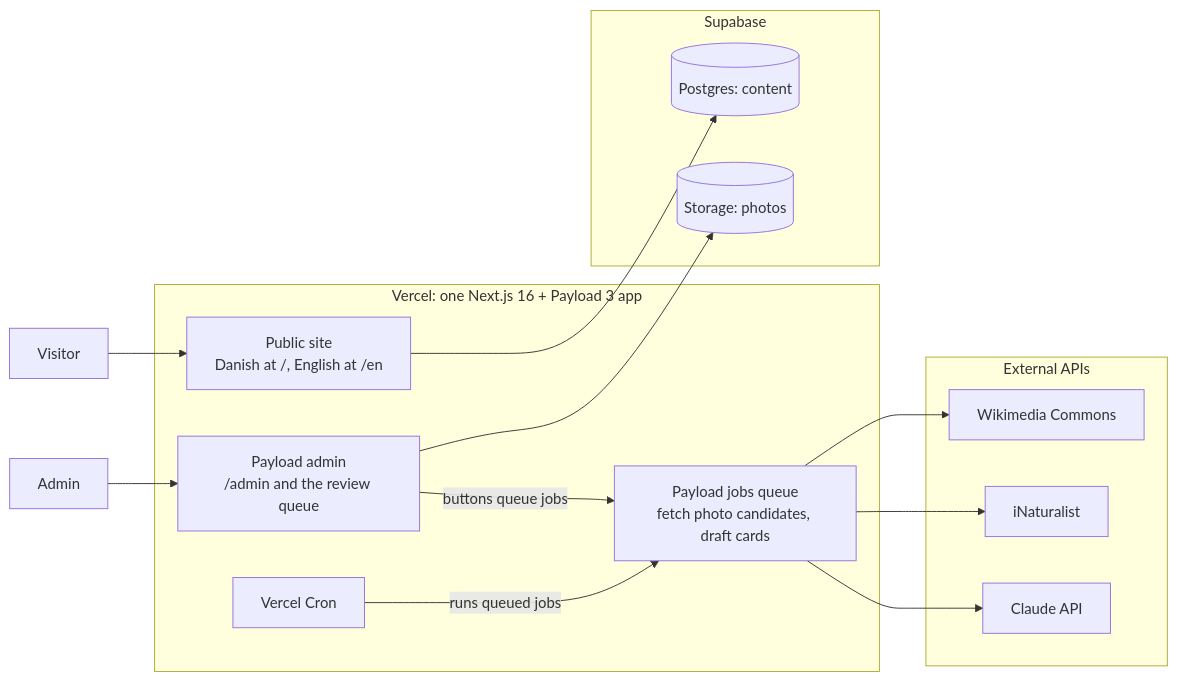
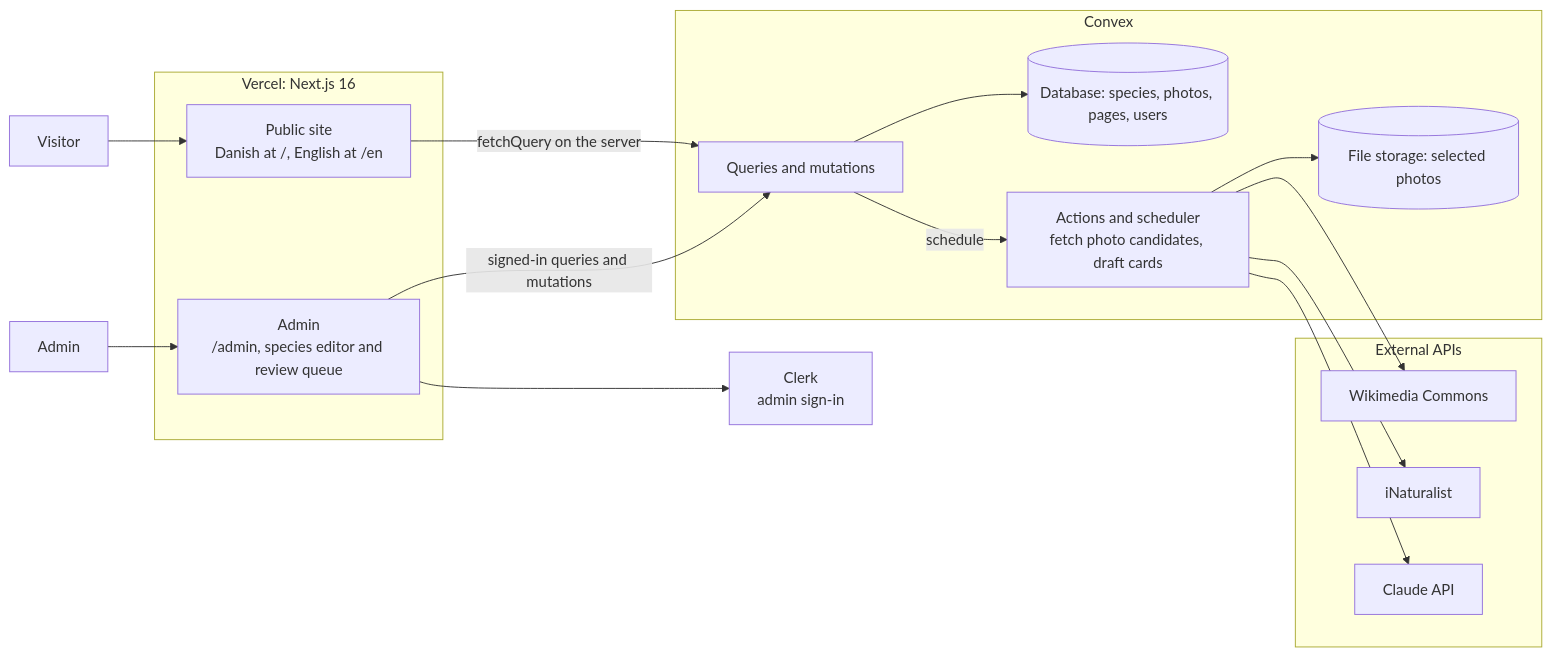
The diagram in specs/architecture.md (djbalin/treefinder), drawn with Mermaid before and after one commit. The commit also changed other lines of this file and 6 other files, not shown here.

First line of the commit message:
Specify the move from Payload and Supabase to Convex

````diff
--- a/specs/architecture.md
+++ b/specs/architecture.md
@@ -9,27 +9,30 @@
 ```mermaid
 flowchart LR
   visitor[Visitor] --> site
-  admin[Admin] --> payloadAdmin
-  subgraph vercel[Vercel: one Next.js 16 + Payload 3 app]
+  admin[Admin] --> adminUi
+  subgraph vercel[Vercel: Next.js 16]
     site[Public site<br/>Danish at /, English at /en]
-    payloadAdmin[Payload admin<br/>/admin and the review queue]
-    jobs[Payload jobs queue<br/>fetch photo candidates, draft cards]
-    cron[Vercel Cron]
-    payloadAdmin -- buttons queue jobs --> jobs
-    cron -- runs queued jobs --> jobs
+    adminUi[Admin<br/>/admin, species editor and review queue]
   end
-  subgraph supabase[Supabase]
-    pg[(Postgres: content)]
-    storage[(Storage: photos)]
+  clerk[Clerk<br/>admin sign-in]
+  subgraph convex[Convex]
+    db[(Database: species, photos, pages, users)]
+    storage[(File storage: selected photos)]
+    fns[Queries and mutations]
+    actions[Actions and scheduler<br/>fetch photo candidates, draft cards]
   end
   subgraph apis[External APIs]
     commons[Wikimedia Commons]
     inat[iNaturalist]
     claude[Claude API]
   end
-  site --> pg
-  payloadAdmin --> storage
-  jobs --> commons
-  jobs --> inat
-  jobs --> claude
+  site -- fetchQuery on the server --> fns
+  adminUi -- signed-in queries and mutations --> fns
+  adminUi --> clerk
+  fns --> db
+  fns -- schedule --> actions
+  actions --> commons
+  actions --> inat
+  actions --> claude
+  actions --> storage
 ```
````
